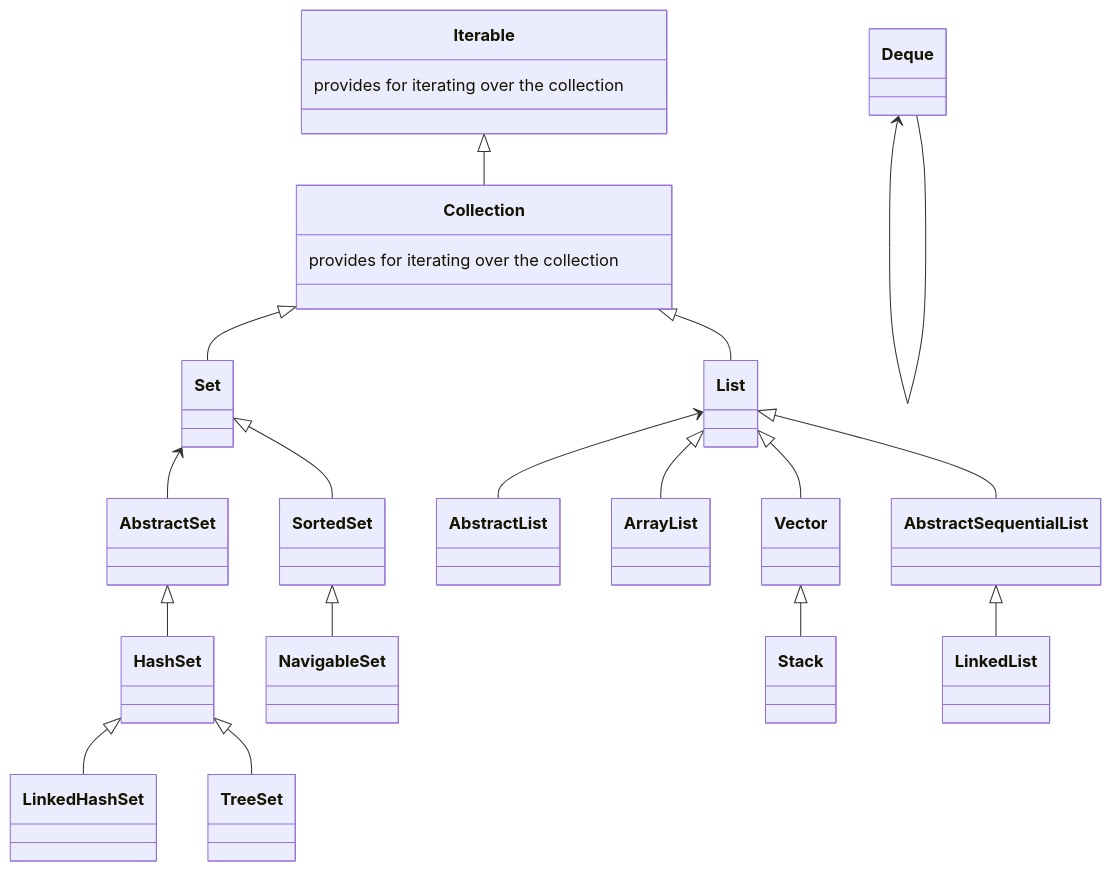
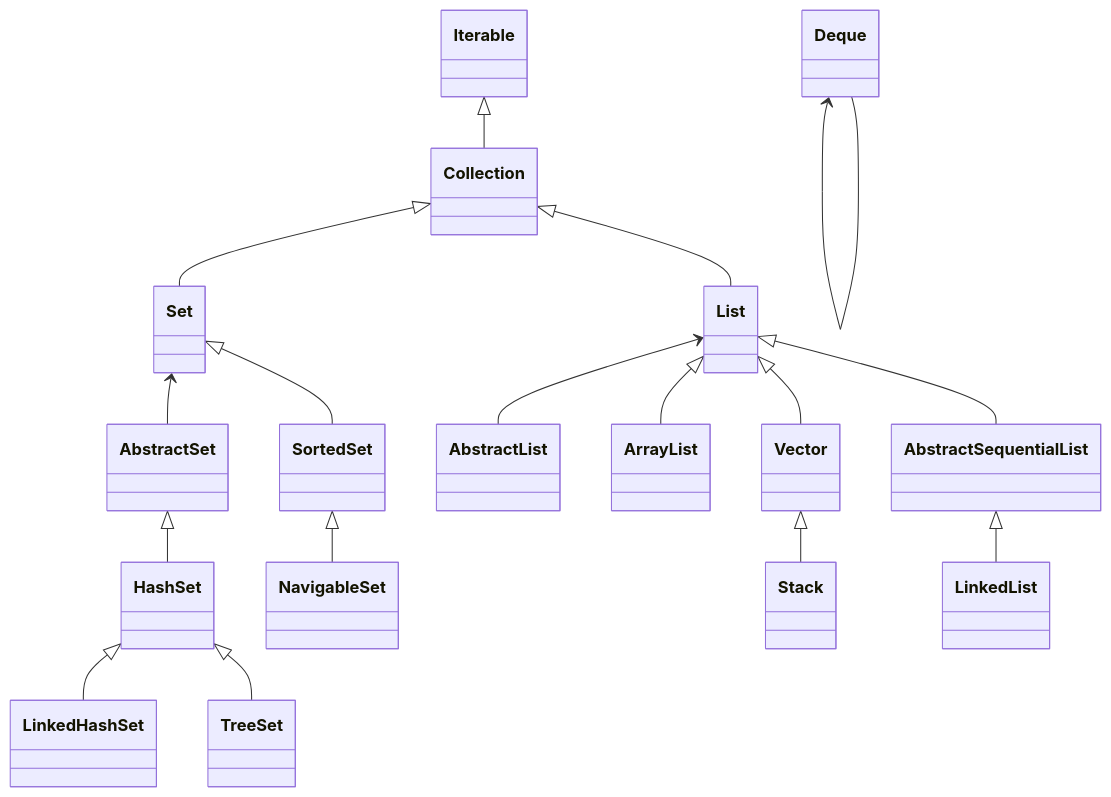
Before and after one commit to 1sonjm/1sonjm.github.io: the diagram in _posts/develop/scripting_language/java/2019-02-20-java-collection.md, drawn with Mermaid. The commit also changed other lines of this file, not shown here.

Commit message:
_posts/develop/scripting_language/java/2019-02-20-java-collection.md updated from https://stackedit.io/

````diff
--- a/_posts/develop/scripting_language/java/2019-02-20-java-collection.md
+++ b/_posts/develop/scripting_language/java/2019-02-20-java-collection.md
@@ -14,22 +14,22 @@
 ```mermaid
 classDiagram
-Iterable: provides for iterating over the collection
 Iterable <|-- Collection
-Collection: provides for iterating over the collection
+Iterable: <interface>
 Collection <|-- Set
+Collection: <interface>
 Set <-- AbstractSet
 AbstractSet <|-- HashSet
 HashSet <|-- LinkedHashSet
 Set <|-- SortedSet
 SortedSet <|-- NavigableSet
 HashSet <|-- TreeSet
 
 Collection <|-- List
 List <-- AbstractList
 List <|-- ArrayList
 List <|-- Vector
 Vector <|-- Stack
 List <|-- AbstractSequentialList
 AbstractSequentialList <|-- LinkedList
 Deque <-- Deque
 ```
````
